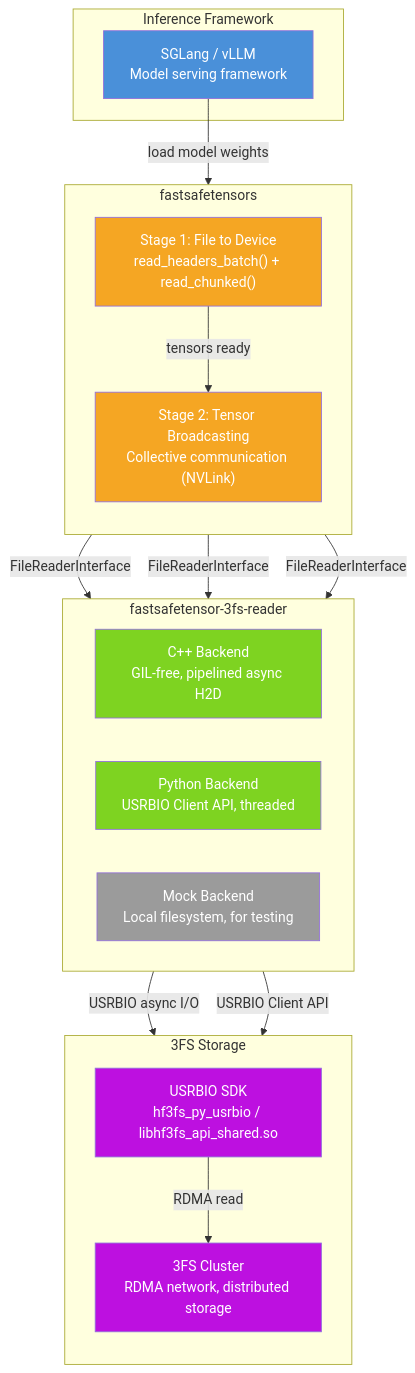
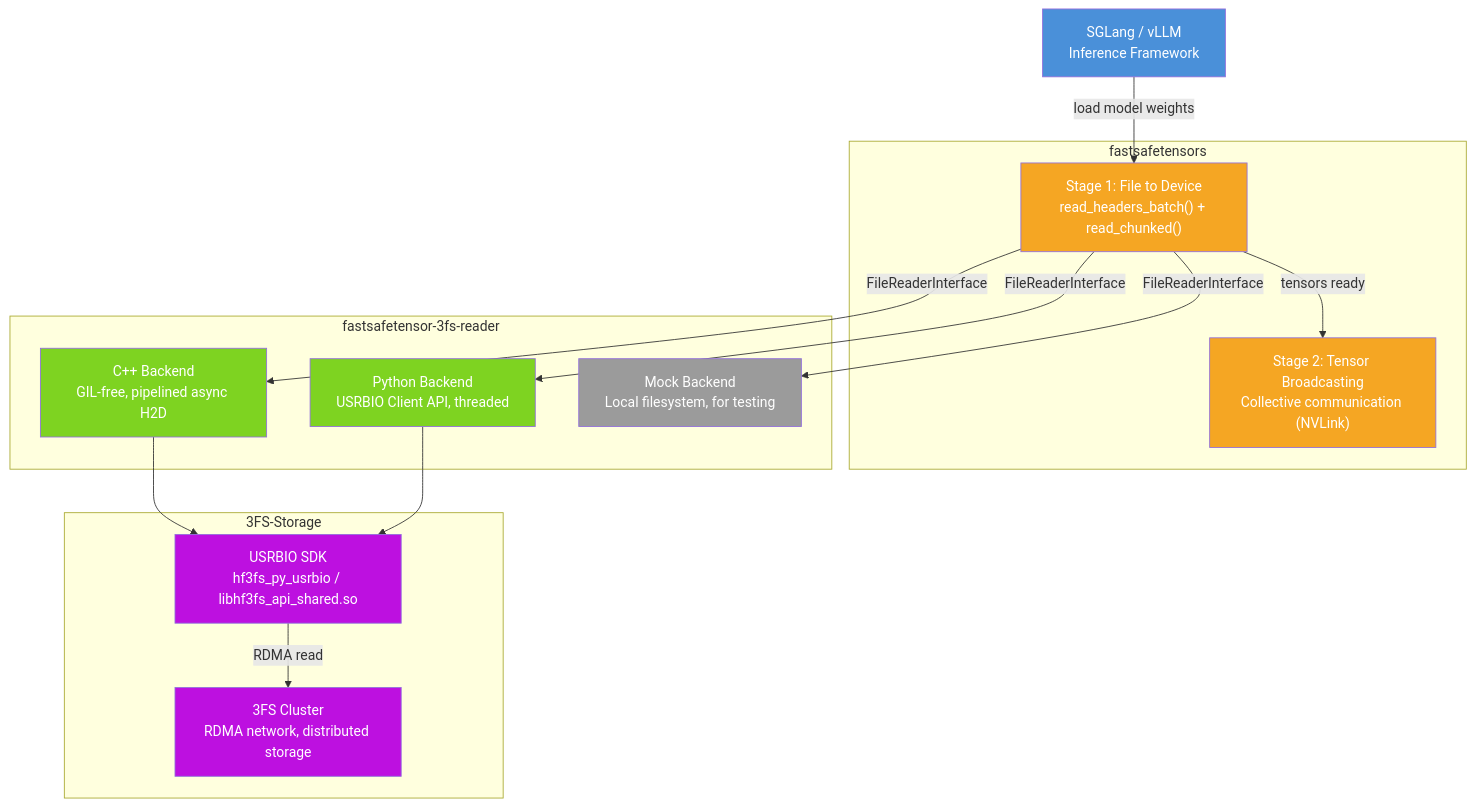
Before and after one commit to ABNER-1/fastsafetensor_3fs_reader: the diagram in README.md, drawn with Mermaid.

Commit message:
refactor readme

````diff
--- a/README.md
+++ b/README.md
@@ -33,43 +33,45 @@
 ```mermaid
 graph TB
-    subgraph Inference["Inference Framework"]
-        FW["SGLang / vLLM<br/>Model serving framework"]
-    end
-
-    subgraph FastSafetensors["fastsafetensors"]
-        direction TB
-        P1["Stage 1: File to Device<br/>read_headers_batch() + read_chunked()"]
-        P2["Stage 2: Tensor Broadcasting<br/>Collective communication (NVLink)"]
-        P1 -->|"tensors ready"| P2
-    end
-
-    subgraph ThisProject["fastsafetensor-3fs-reader"]
-        direction LR
-        CPP["C++ Backend<br/>GIL-free, pipelined async H2D"]
-        PY["Python Backend<br/>USRBIO Client API, threaded"]
-        MOCK["Mock Backend<br/>Local filesystem, for testing"]
-    end
-
-    subgraph Storage["3FS Storage"]
-        direction TB
-        SDK["USRBIO SDK<br/>hf3fs_py_usrbio / libhf3fs_api_shared.so"]
-        CLUSTER["3FS Cluster<br/>RDMA network, distributed storage"]
-        SDK -->|"RDMA read"| CLUSTER
-    end
+    FW["SGLang / vLLM<br/>Inference Framework"]
+    P1["Stage 1: File to Device<br/>read_headers_batch() + read_chunked()"]
+    P2["Stage 2: Tensor Broadcasting<br/>Collective communication (NVLink)"]
+    CPP["C++ Backend<br/>GIL-free, pipelined async H2D"]
+    PY["Python Backend<br/>USRBIO Client API, threaded"]
+    MOCK["Mock Backend<br/>Local filesystem, for testing"]
+    SDK["USRBIO SDK<br/>hf3fs_py_usrbio / libhf3fs_api_shared.so"]
+    CLUSTER["3FS Cluster<br/>RDMA network, distributed storage"]
 
     FW -->|"load model weights"| P1
+    P1 -->|"tensors ready"| P2
     P1 -->|"FileReaderInterface"| CPP
     P1 -->|"FileReaderInterface"| PY
     P1 -->|"FileReaderInterface"| MOCK
-    CPP -->|"USRBIO async I/O"| SDK
-    PY -->|"USRBIO Client API"| SDK
+    CPP --> SDK
+    PY --> SDK
+    SDK -->|"RDMA read"| CLUSTER
+
+    subgraph fastsafetensors
+        P1
+        P2
+    end
+
+    subgraph fastsafetensor-3fs-reader
+        CPP
+        PY
+        MOCK
+    end
+
+    subgraph 3FS-Storage
+        SDK
+        CLUSTER
+    end
 
     style FW fill:#4a90d9,color:#fff
     style P1 fill:#f5a623,color:#fff
     style P2 fill:#f5a623,color:#fff
     style CPP fill:#7ed321,color:#fff
     style PY fill:#7ed321,color:#fff
     style MOCK fill:#9b9b9b,color:#fff
     style SDK fill:#bd10e0,color:#fff
     style CLUSTER fill:#bd10e0,color:#fff
 ```
````
